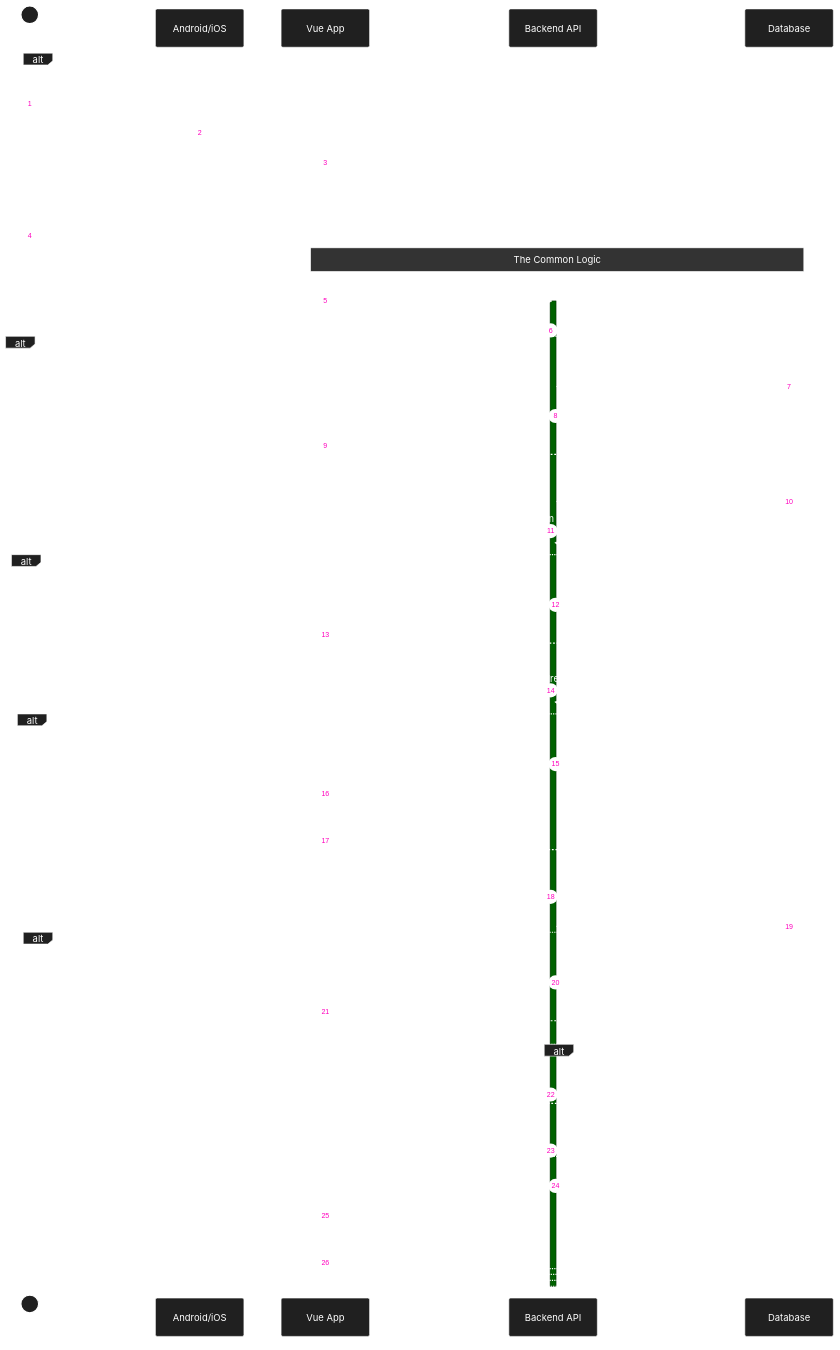
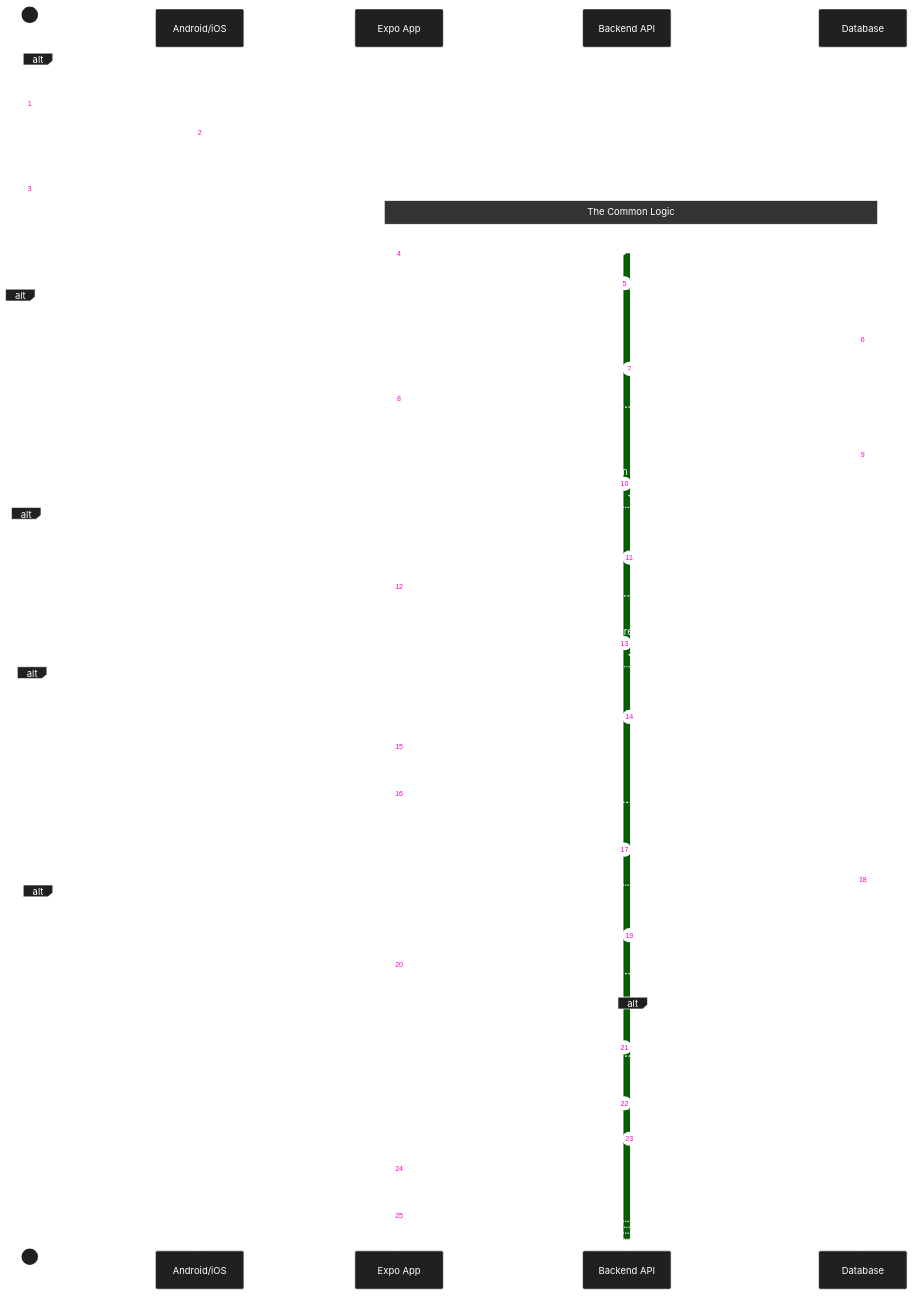
The diagram in docs/diagrams/sequence/counter/join-shared.md (michaelgreenl/tally-tracker), drawn with Mermaid before and after one commit. The commit also changed 213 other files, not shown here.

```diff
--- a/docs/diagrams/sequence/counter/join-shared.md
+++ b/docs/diagrams/sequence/counter/join-shared.md
@@ -22,14 +22,13 @@
     autonumber
     actor User
     participant OS as Android/iOS
-    participant App as Vue App
+    participant App as Expo App
     participant API as Backend API
     participant DB as Database
 
     alt Entry Point A: Deep Link
         User->>OS: Click "tally://join?code=XYZ"
-        OS->>App: Event: appUrlOpen
-        App->>App: Parse Code "XYZ"
+        OS->>App: Expo Router opens /join?code=XYZ
     else Entry Point B: Web / Manual
         User->>App: Visit "/join?code=XYZ"
     end
```
